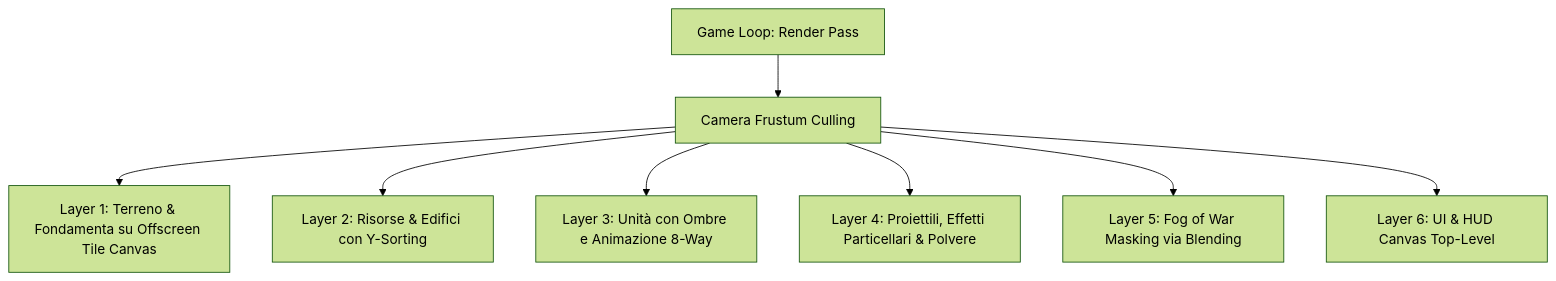
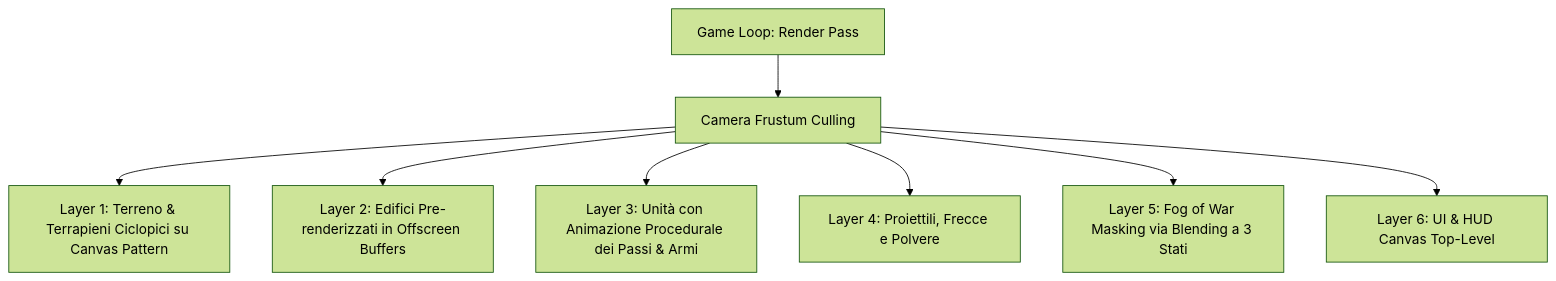
One commit to lhackyup/ashes-of-bronze changed the first of 3 diagrams in docs/architecture_plan.md. Above: the diagram before and after it, drawn with Mermaid (forest theme). The commit also changed other lines of this file and 3 other files, not shown here.

````diff
--- a/docs/architecture_plan.md
+++ b/docs/architecture_plan.md
@@ -106,10 +106,10 @@
 ```mermaid
 flowchart TD
     Loop[Game Loop: Render Pass] --> Cull[Camera Frustum Culling]
-    Cull --> L1[Layer 1: Terreno & Fondamenta su Offscreen Tile Canvas]
-    Cull --> L2[Layer 2: Risorse & Edifici con Y-Sorting]
-    Cull --> L3[Layer 3: Unità con Ombre e Animazione 8-Way]
-    Cull --> L4[Layer 4: Proiettili, Effetti Particellari & Polvere]
-    Cull --> L5[Layer 5: Fog of War Masking via Blending]
+    Cull --> L1[Layer 1: Terreno & Terrapieni Ciclopici su Canvas Pattern]
+    Cull --> L2[Layer 2: Edifici Pre-renderizzati in Offscreen Buffers]
+    Cull --> L3[Layer 3: Unità con Animazione Procedurale dei Passi & Armi]
+    Cull --> L4[Layer 4: Proiettili, Frecce e Polvere]
+    Cull --> L5[Layer 5: Fog of War Masking via Blending a 3 Stati]
     Cull --> L6[Layer 6: UI & HUD Canvas Top-Level]
 ```
````
